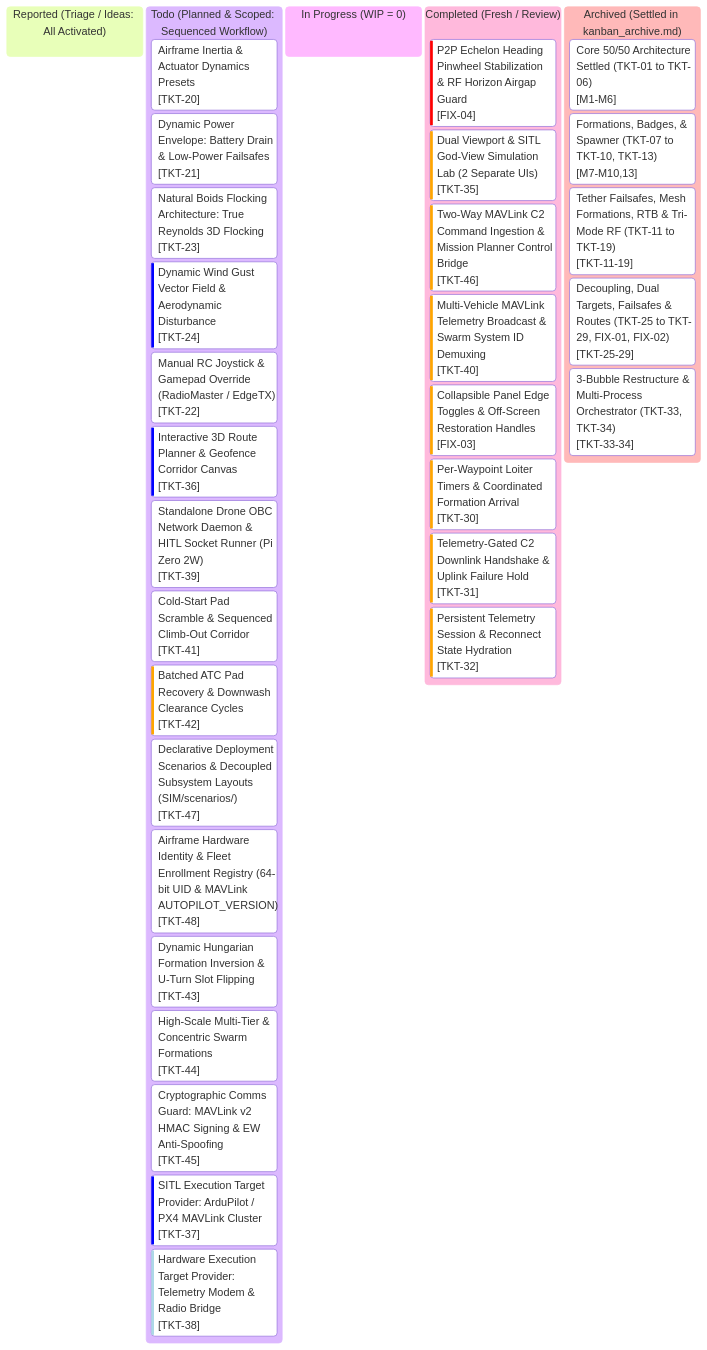
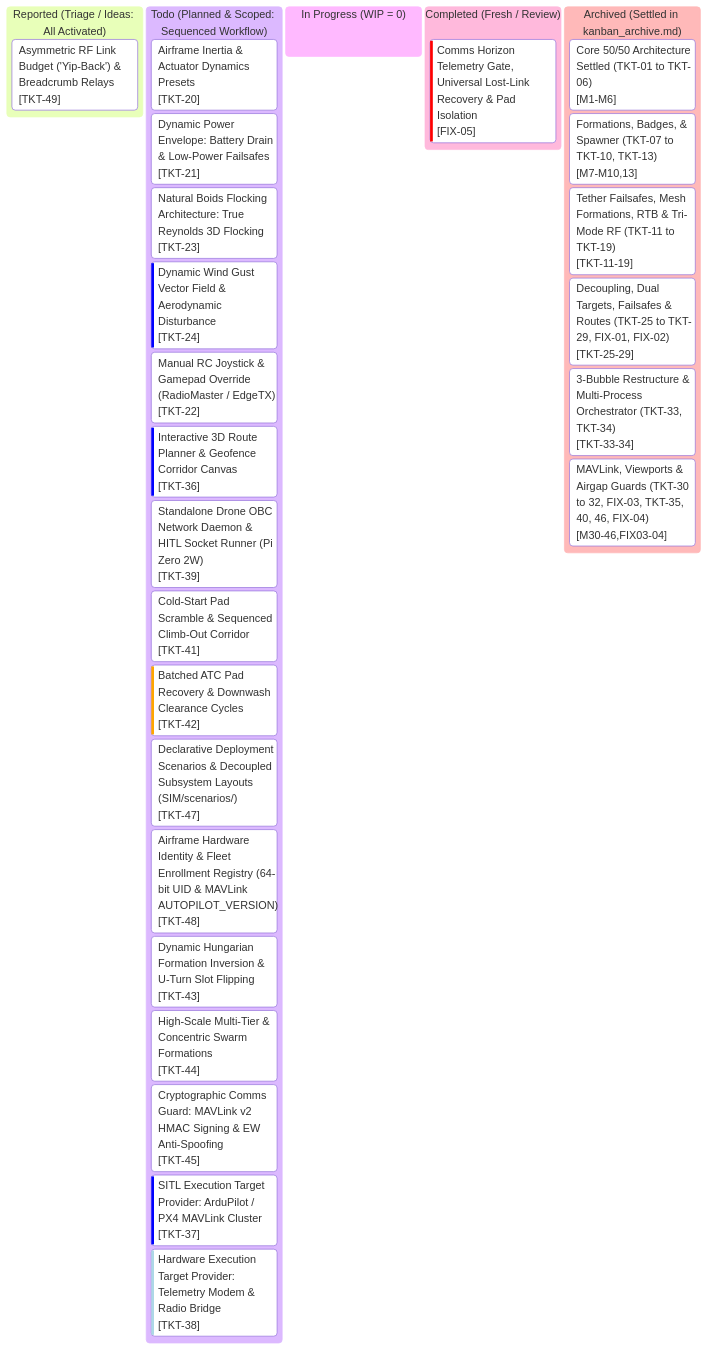
Before and after one commit to AlitheiaDeus/SwarmTech_v3-Uprising: the diagram in kanban.md, drawn with Mermaid. The commit also changed other lines of this file and 6 other files, not shown here.

Commit message:
fix(comms): telemetry horizon airgap gate, universal lost-link rtb & pad launch isolation [FIX-05]

````diff
--- a/kanban.md
+++ b/kanban.md
@@ -10,57 +10,52 @@
 ```mermaid
 %%{init: {
   'theme': 'base',
   'themeVariables': {
     'primaryColor': '#0d2235',
     'primaryTextColor': '#d4f4ff',
     'primaryBorderColor': '#00f0ff',
     'lineColor': '#00f0ff',
     'background': '#061019',
     'mainBkg': '#0a1926',
     'secondaryColor': '#081420',
     'secondaryTextColor': '#5a7e96',
     'secondaryBorderColor': '#134e6f',
     'tertiaryColor': '#0e263d',
     'tertiaryTextColor': '#00ffaa',
     'tertiaryBorderColor': '#00ffaa',
     'clusterBkg': '#081420',
     'clusterBorder': '#134e6f',
     'fontFamily': "'JetBrains Mono', 'Courier New', monospace"
   }
 }}%%
 kanban
   reported["Reported (Triage / Ideas: All Activated)"]
+    tkt49["Asymmetric RF Link Budget ('Yip-Back') & Breadcrumb Relays"]@{ ticket: '[TKT-49]', priority: 'Medium' }
   todo["Todo (Planned & Scoped: Sequenced Workflow)"]
     tkt20["Airframe Inertia & Actuator Dynamics Presets"]@{ ticket: '[TKT-20]', priority: 'Medium' }
     tkt21["Dynamic Power Envelope: Battery Drain & Low-Power Failsafes"]@{ ticket: '[TKT-21]', priority: 'Medium' }
     tkt23["Natural Boids Flocking Architecture: True Reynolds 3D Flocking"]@{ ticket: '[TKT-23]', priority: 'Medium' }
     tkt24["Dynamic Wind Gust Vector Field & Aerodynamic Disturbance"]@{ ticket: '[TKT-24]', priority: 'Low' }
     tkt22["Manual RC Joystick & Gamepad Override (RadioMaster / EdgeTX)"]@{ ticket: '[TKT-22]', priority: 'Medium' }
     tkt36["Interactive 3D Route Planner & Geofence Corridor Canvas"]@{ ticket: '[TKT-36]', priority: 'Low' }
     tkt39["Standalone Drone OBC Network Daemon & HITL Socket Runner (Pi Zero 2W)"]@{ ticket: '[TKT-39]', priority: 'Medium' }
     tkt41["Cold-Start Pad Scramble & Sequenced Climb-Out Corridor"]@{ ticket: '[TKT-41]', priority: 'Medium' }
     tkt42["Batched ATC Pad Recovery & Downwash Clearance Cycles"]@{ ticket: '[TKT-42]', priority: 'High' }
     tkt47["Declarative Deployment Scenarios & Decoupled Subsystem Layouts (SIM/scenarios/)"]@{ ticket: '[TKT-47]', priority: 'Medium' }
     tkt48["Airframe Hardware Identity & Fleet Enrollment Registry (64-bit UID & MAVLink AUTOPILOT_VERSION)"]@{ ticket: '[TKT-48]', priority: 'Medium' }
     tkt43["Dynamic Hungarian Formation Inversion & U-Turn Slot Flipping"]@{ ticket: '[TKT-43]', priority: 'Medium' }
     tkt44["High-Scale Multi-Tier & Concentric Swarm Formations"]@{ ticket: '[TKT-44]', priority: 'Medium' }
     tkt45["Cryptographic Comms Guard: MAVLink v2 HMAC Signing & EW Anti-Spoofing"]@{ ticket: '[TKT-45]', priority: 'Medium' }
     tkt37["SITL Execution Target Provider: ArduPilot / PX4 MAVLink Cluster"]@{ ticket: '[TKT-37]', priority: 'Low' }
     tkt38["Hardware Execution Target Provider: Telemetry Modem & Radio Bridge"]@{ ticket: '[TKT-38]', priority: 'Very Low' }
   in_progress["In Progress (WIP = 0)"]
   completed["Completed (Fresh / Review)"]
-    fix04["P2P Echelon Heading Pinwheel Stabilization & RF Horizon Airgap Guard"]@{ ticket: '[FIX-04]', priority: 'Very High' }
-    tkt35["Dual Viewport & SITL God-View Simulation Lab (2 Separate UIs)"]@{ ticket: '[TKT-35]', priority: 'High' }
-    tkt46["Two-Way MAVLink C2 Command Ingestion & Mission Planner Control Bridge"]@{ ticket: '[TKT-46]', priority: 'High' }
-    tkt40["Multi-Vehicle MAVLink Telemetry Broadcast & Swarm System ID Demuxing"]@{ ticket: '[TKT-40]', priority: 'High' }
-    fix03["Collapsible Panel Edge Toggles & Off-Screen Restoration Handles"]@{ ticket: '[FIX-03]', priority: 'High' }
-    tkt30["Per-Waypoint Loiter Timers & Coordinated Formation Arrival"]@{ ticket: '[TKT-30]', priority: 'High' }
-    tkt31["Telemetry-Gated C2 Downlink Handshake & Uplink Failure Hold"]@{ ticket: '[TKT-31]', priority: 'High' }
-    tkt32["Persistent Telemetry Session & Reconnect State Hydration"]@{ ticket: '[TKT-32]', priority: 'High' }
+    fix05["Comms Horizon Telemetry Gate, Universal Lost-Link Recovery & Pad Isolation"]@{ ticket: '[FIX-05]', priority: 'Very High' }
   archived["Archived (Settled in kanban_archive.md)"]
     arch_m1_6["Core 50/50 Architecture Settled (TKT-01 to TKT-06)"]@{ ticket: '[M1-M6]' }
     arch_m7_10_13["Formations, Badges, & Spawner (TKT-07 to TKT-10, TKT-13)"]@{ ticket: '[M7-M10,13]' }
     arch_m11_19["Tether Failsafes, Mesh Formations, RTB & Tri-Mode RF (TKT-11 to TKT-19)"]@{ ticket: '[TKT-11-19]' }
     arch_m25_29["Decoupling, Dual Targets, Failsafes & Routes (TKT-25 to TKT-29, FIX-01, FIX-02)"]@{ ticket: '[TKT-25-29]' }
     arch_m33_34["3-Bubble Restructure & Multi-Process Orchestrator (TKT-33, TKT-34)"]@{ ticket: '[TKT-33-34]' }
+    arch_m30_46_fix03_04["MAVLink, Viewports & Airgap Guards (TKT-30 to 32, FIX-03, TKT-35, 40, 46, FIX-04)"]@{ ticket: '[M30-46,FIX03-04]' }
 ```
````
